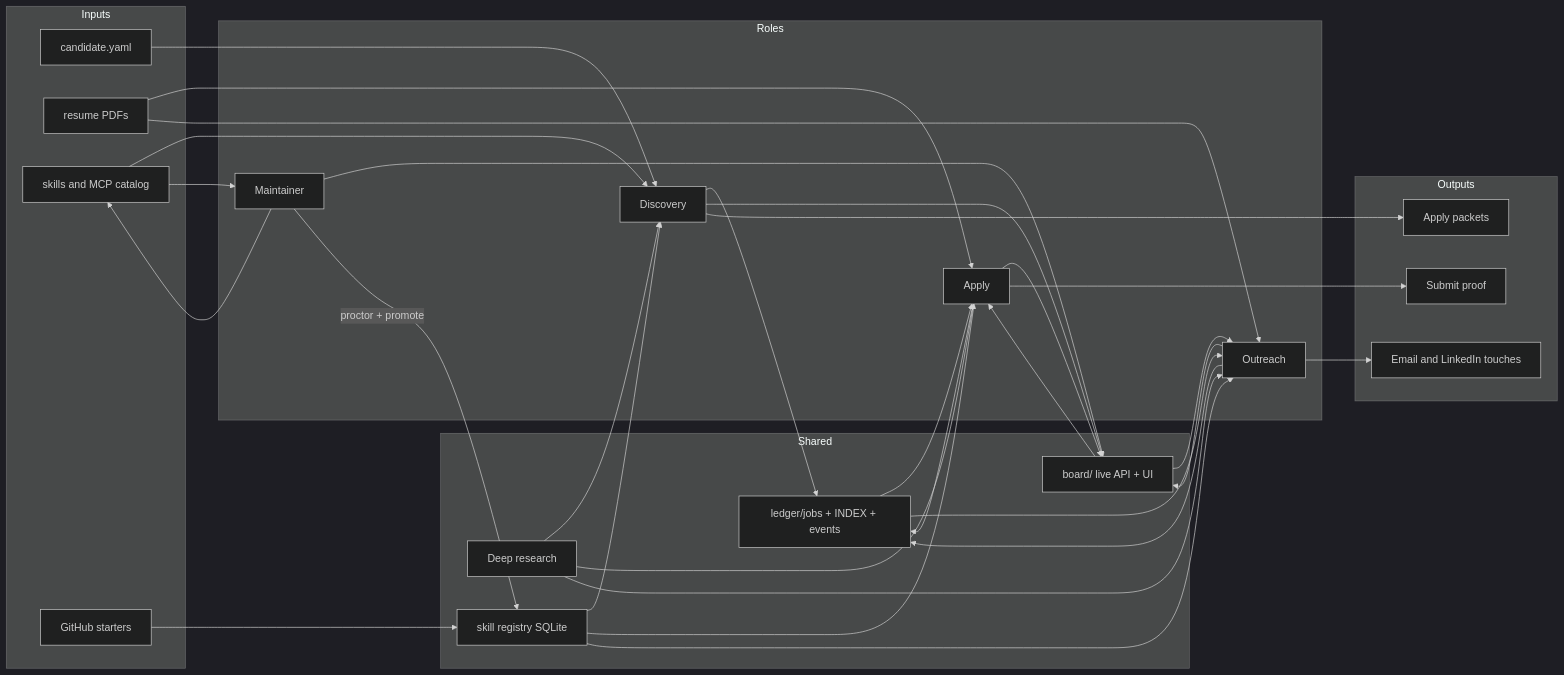
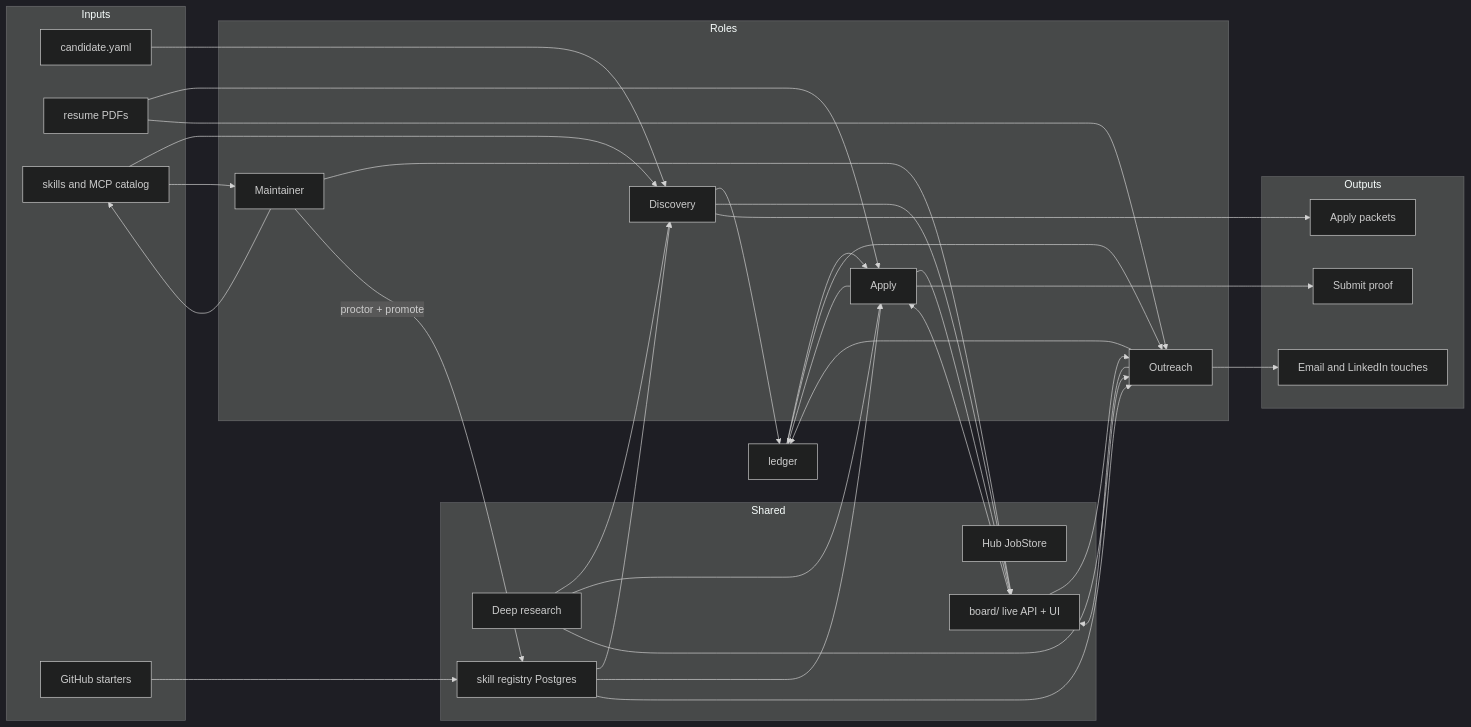
One commit to unownone/jobos changed the first of 2 diagrams in docs/architecture.md. Above: the diagram before and after it, drawn with Mermaid (dark theme). The commit also changed other lines of this file and 15 other files, not shown here.

First line of the commit message:
Replace git-ledger docs with Hub JobStore as the live list.

````diff
--- a/docs/architecture.md
+++ b/docs/architecture.md
@@ -16,58 +16,58 @@
 ```mermaid
 flowchart LR
   subgraph inputs [Inputs]
     candidate[candidate.yaml]
     resumes[resume PDFs]
     catalog[skills and MCP catalog]
     starters[GitHub starters]
   end
 
   subgraph roles [Roles]
     d[Discovery]
     a[Apply]
     o[Outreach]
     m[Maintainer]
   end
 
   subgraph shared [Shared]
     research[Deep research]
-    ledger[ledger/jobs + INDEX + events]
+    store[Hub JobStore]
     board[board/ live API + UI]
-    registry[skill registry SQLite]
+    registry[skill registry Postgres]
   end
 
   subgraph outputs [Outputs]
     packets[Apply packets]
     proof[Submit proof]
     touches[Email and LinkedIn touches]
   end
 
   candidate --> d
   resumes --> a
   resumes --> o
   catalog --> d
   catalog --> m
   starters --> registry
   registry --> d
   registry --> a
   registry --> o
   m --> catalog
   m --> board
   m -->|"proctor + promote"| registry
   research --> d
   research --> a
   research --> o
   d --> ledger
   d --> board
   ledger --> a
   board --> a
   a --> ledger
   a --> board
   ledger --> o
   board --> o
   o --> ledger
   o --> board
   d --> packets
   a --> proof
   o --> touches
 ```
````
